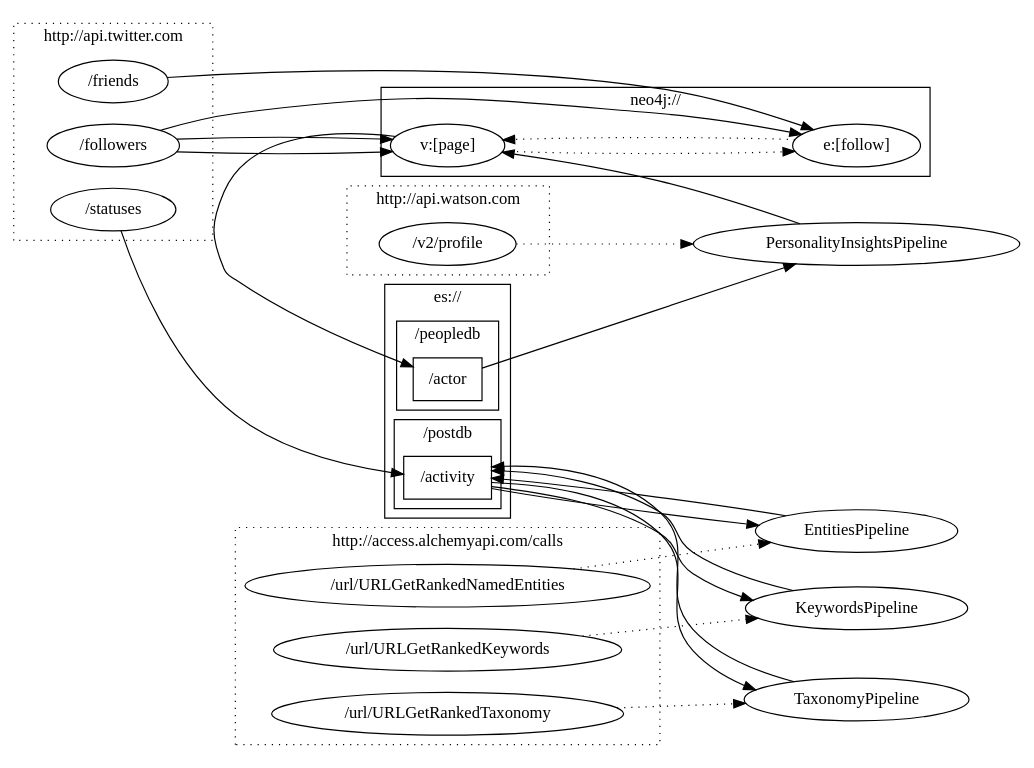
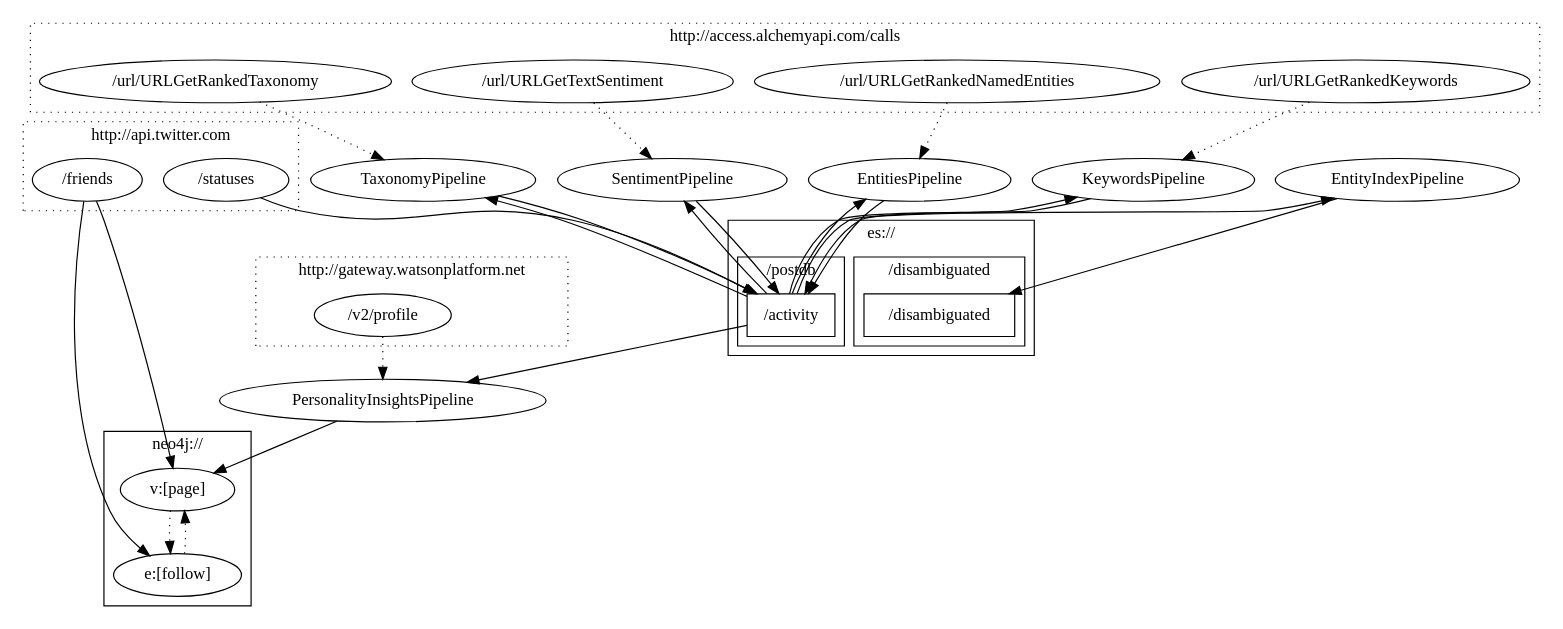
The diagram in src/main/resources/ibm-0.1.dot (peoplepattern/streams-ibm), drawn with Graphviz before and after one commit. The commit also changed 13 other files, not shown here.

```diff
--- a/src/main/resources/ibm-0.1.dot
+++ b/src/main/resources/ibm-0.1.dot
@@ -1,92 +1,94 @@
 digraph g {
 
   graph [compound = true];
 
   //presentation
   splines = true;
   overlap = false;
-  rankdir = LR;
+  rankdir = TB;
   
   //sources
   subgraph cluster_twitter {
 
 	  label = "http://api.twitter.com";
       graph[style=dotted];
 
 	  twitterfriends [label="/friends"];
-      twitterfollowers [label="/followers"];
       twitterstatuses [label="/statuses"];
   }
 
   subgraph cluster_watson {
 
-  	  label = "http://api.watson.com";
+  	  label = "http://gateway.watsonplatform.net";
       graph[style=dotted];
 
   	  personalityinsights [label="/v2/profile"];
   }
 
   subgraph cluster_alchemy {
 
   	  label = "http://access.alchemyapi.com/calls";
       graph[style=dotted];
 
+      sentiment [label="/url/URLGetTextSentiment"];
       entities [label="/url/URLGetRankedNamedEntities"];
       keywords [label="/url/URLGetRankedKeywords"];
       taxonomy [label="/url/URLGetRankedTaxonomy"];
   }
 
   subgraph cluster_elastic {
 
 	  label = "es://";
       graph[style=solid];
       node [shape=box];
 
 	  subgraph cluster_espostdb {
 	    label = "/postdb";
 	    esposts [label="/activity"];
 	  }
 
-	  subgraph cluster_espeopledb {
-        label = "/peopledb";
-        espages [label="/actor"];
+	  subgraph cluster_esdisambiguated {
+        label = "/disambiguated";
+        esdisambiguated [label="/disambiguated"];
       }
   }
 
   subgraph cluster_neo {
 
   	  label = "neo4j://";
       graph[style=solid];
 
   	  neopages [label="v:[page]"];
       neofollows [label="e:[follow]"];
 
       neopages -> neofollows [style=dotted];
       neofollows -> neopages [style=dotted];
   }
 
-  neopages -> espages;
-
-  espages -> PersonalityInsightsPipeline;
-    personalityinsights -> PersonalityInsightsPipeline [style=dotted];
-    PersonalityInsightsPipeline -> neopages;
-
+  esposts -> PersonalityInsightsPipeline;
+  personalityinsights -> PersonalityInsightsPipeline [style=dotted];
+  PersonalityInsightsPipeline -> neopages;
 
   esposts -> EntitiesPipeline;
   entities -> EntitiesPipeline [style=dotted];
   EntitiesPipeline -> esposts;
 
   esposts -> KeywordsPipeline;
   keywords -> KeywordsPipeline [style=dotted];
   KeywordsPipeline -> esposts;
 
   esposts -> TaxonomyPipeline;
   taxonomy -> TaxonomyPipeline [style=dotted];
   TaxonomyPipeline -> esposts;
 
+  esposts -> SentimentPipeline;
+  sentiment -> SentimentPipeline [style=dotted];
+  SentimentPipeline -> esposts;
+
+  esposts -> EntityIndexPipeline;
+  EntityIndexPipeline -> esdisambiguated;
+
   twitterfriends -> neofollows;
-  twitterfollowers -> neopages;
-  twitterfollowers -> neofollows;
-  twitterfollowers -> neopages;
+  twitterfriends -> neopages;
   twitterstatuses -> esposts;
 }
```
